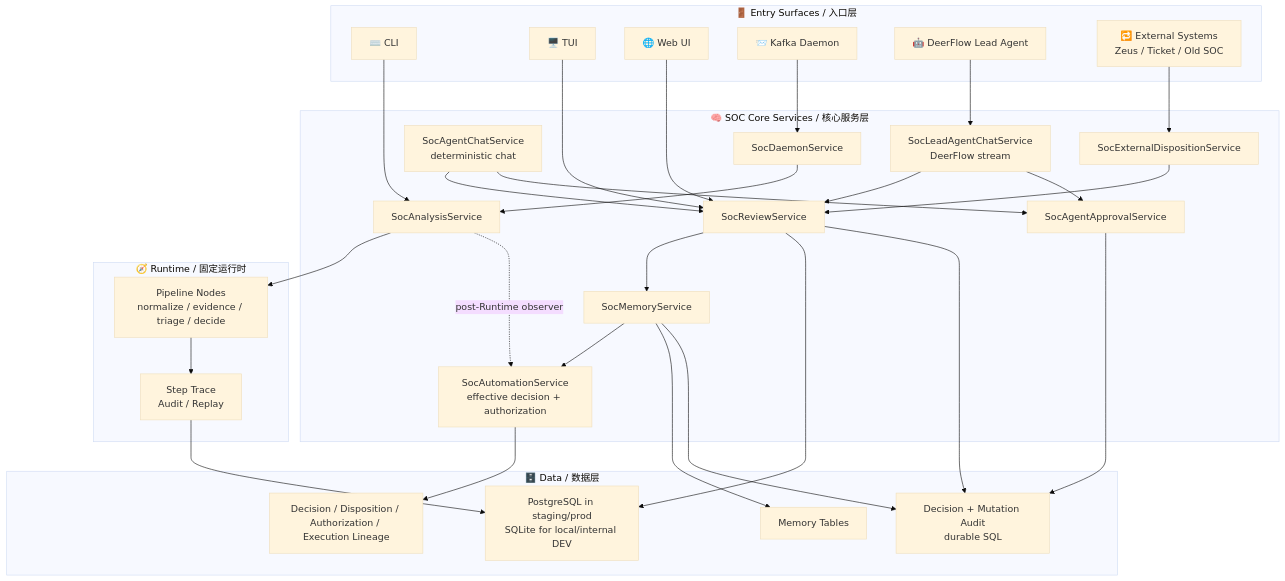
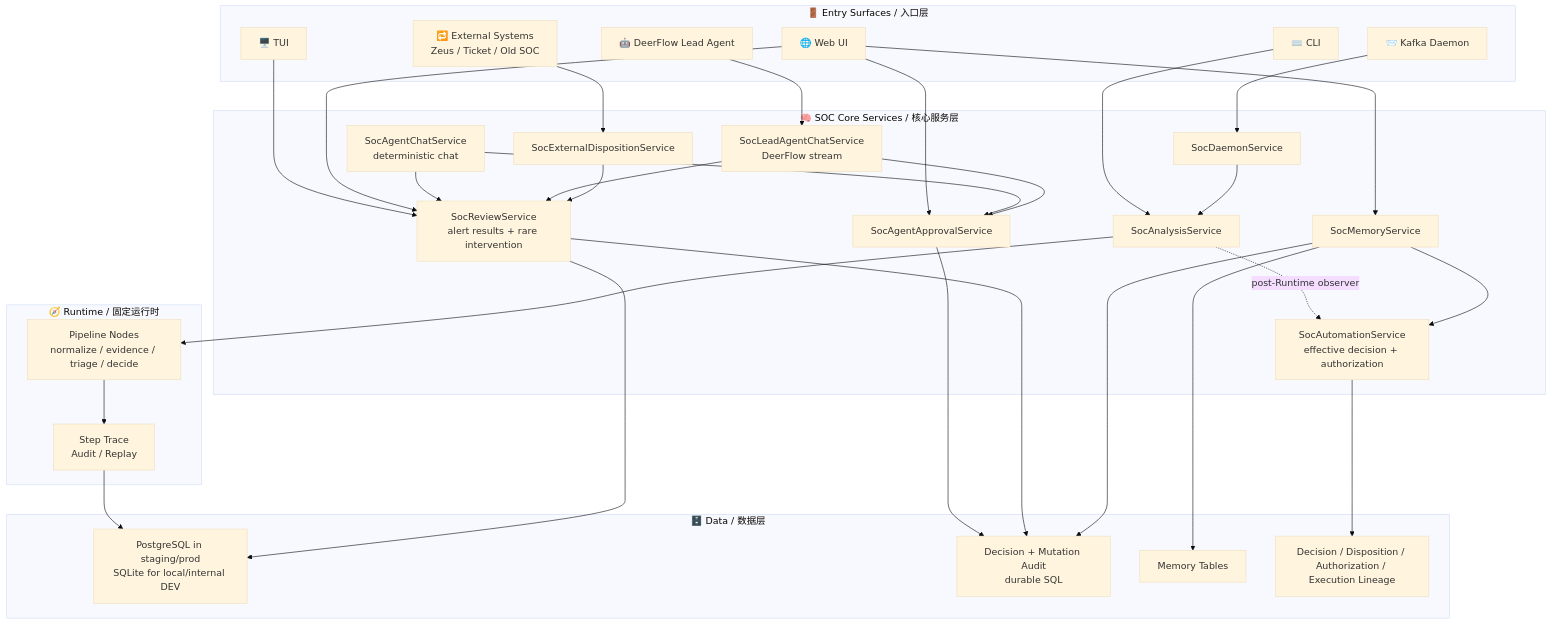
The second of 17 diagrams in .notes/ai_soc/soc-agent-solution.md (yydspanda/deer-flow), drawn with Mermaid (base theme) before and after one commit. The commit also changed other lines of this file and 83 other files, not shown here.

Commit message:
feat(soc): streamline alert review and memory operations

````diff
--- a/.notes/ai_soc/soc-agent-solution.md
+++ b/.notes/ai_soc/soc-agent-solution.md
@@ -168,61 +170,62 @@
 ```mermaid
 flowchart TB
     subgraph Entry["🚪 Entry Surfaces / 入口层"]
         CLI["⌨️ CLI"]
         TUI["🖥️ TUI"]
         WEB["🌐 Web UI"]
         KAFKA["📨 Kafka Daemon"]
         LEAD["🤖 DeerFlow Lead Agent"]
         EXT["🔁 External Systems<br/>Zeus / Ticket / Old SOC"]
     end
 
     subgraph Core["🧠 SOC Core Services / 核心服务层"]
         ANALYSIS["SocAnalysisService"]
-        REVIEW["SocReviewService"]
+        REVIEW["SocReviewService<br/>alert results + rare intervention"]
         MEMORY["SocMemoryService"]
         DAEMON["SocDaemonService"]
         CHAT["SocAgentChatService<br/>deterministic chat"]
         LEAD_CHAT["SocLeadAgentChatService<br/>DeerFlow stream"]
         DISPOSITION["SocExternalDispositionService"]
         APPROVAL["SocAgentApprovalService"]
         AUTOMATION["SocAutomationService<br/>effective decision + authorization"]
     end
 
     subgraph Runtime["🧭 Runtime / 固定运行时"]
         PIPELINE["Pipeline Nodes<br/>normalize / evidence / triage / decide"]
         TRACE["Step Trace<br/>Audit / Replay"]
     end
 
     subgraph Data["🗄️ Data / 数据层"]
         DB["PostgreSQL in staging/prod<br/>SQLite for local/internal DEV"]
         AUDIT_DB["Decision + Mutation Audit<br/>durable SQL"]
         MEMORY_DB["Memory Tables"]
         AUTOMATION_DB["Decision / Disposition / Authorization / Execution Lineage"]
     end
 
     CLI --> ANALYSIS
     TUI --> REVIEW
     WEB --> REVIEW
+    WEB --> MEMORY
+    WEB --> APPROVAL
     KAFKA --> DAEMON
     LEAD --> LEAD_CHAT
     EXT --> DISPOSITION
 
     DAEMON --> ANALYSIS
     CHAT --> REVIEW
     CHAT --> APPROVAL
     LEAD_CHAT --> REVIEW
     LEAD_CHAT --> APPROVAL
     DISPOSITION --> REVIEW
-    REVIEW --> MEMORY
     ANALYSIS --> PIPELINE
     ANALYSIS -. "post-Runtime observer" .-> AUTOMATION
     MEMORY --> AUTOMATION
     PIPELINE --> TRACE
     TRACE --> DB
     REVIEW --> DB
     MEMORY --> MEMORY_DB
     APPROVAL --> AUDIT_DB
     REVIEW --> AUDIT_DB
     MEMORY --> AUDIT_DB
     AUTOMATION --> AUTOMATION_DB
 ```
````
